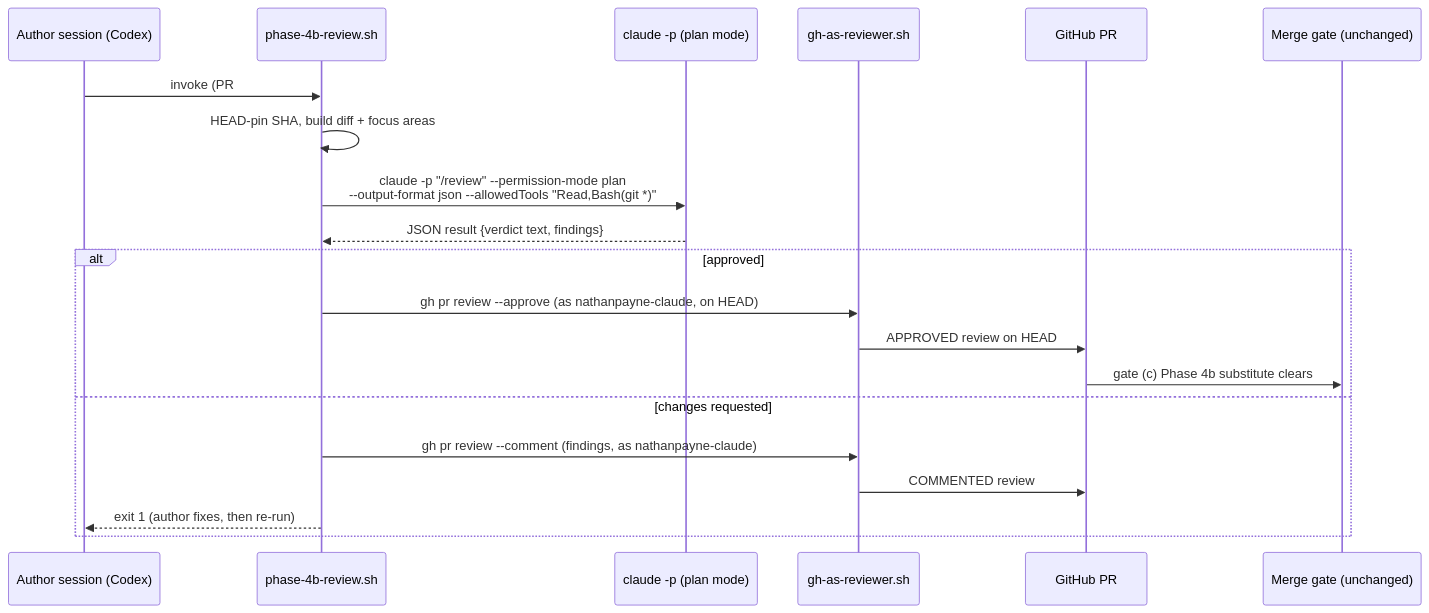
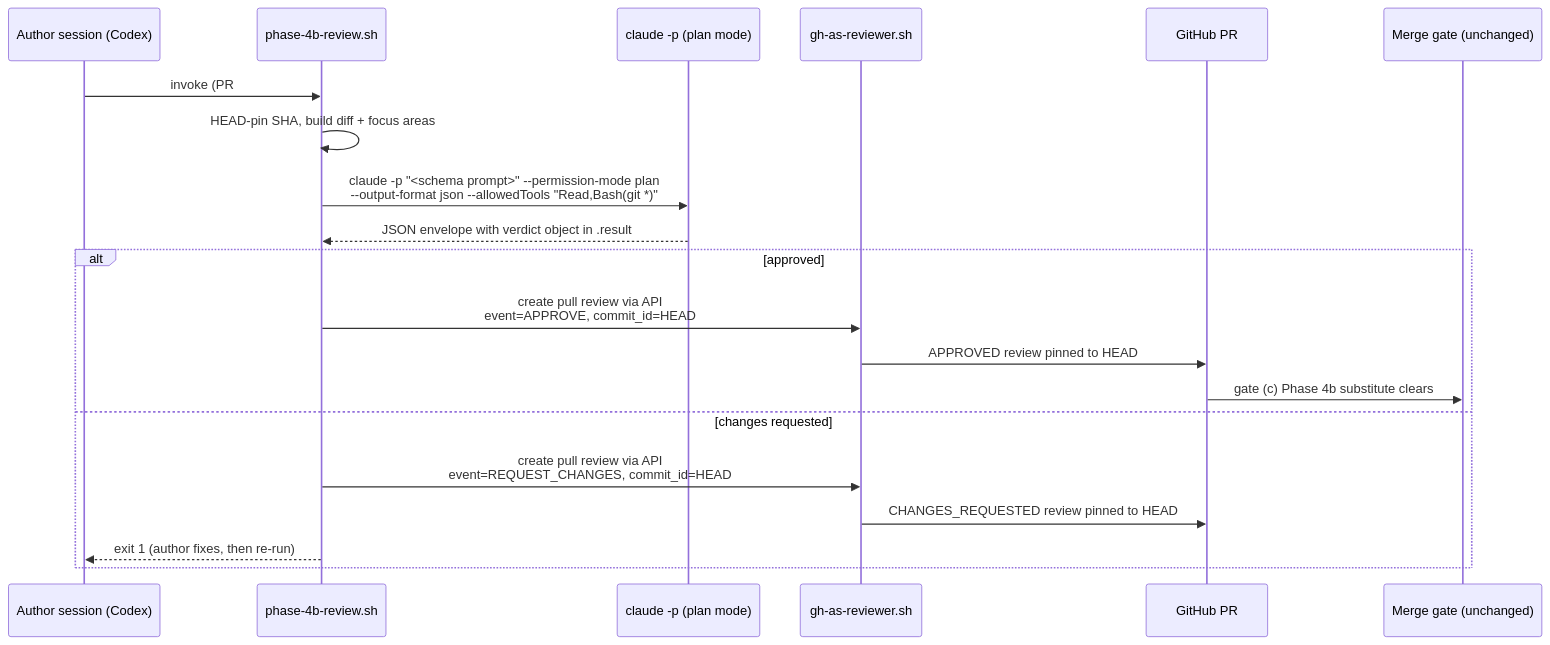
Before and after one commit to nathanjohnpayne/mergepath: the fifth of 6 diagrams in plans/automated-phase-4b-handoff.md, drawn with Mermaid. The commit also changed other lines of this file and 9 other files, not shown here.

````diff
--- a/plans/automated-phase-4b-handoff.md
+++ b/plans/automated-phase-4b-handoff.md
@@ -255,23 +258,23 @@
 ```mermaid
 sequenceDiagram
     participant CX as Author session (Codex)
     participant OR as phase-4b-review.sh
     participant CL as claude -p (plan mode)
     participant GR as gh-as-reviewer.sh
     participant PR as GitHub PR
     participant MG as Merge gate (unchanged)
 
     CX->>OR: invoke (PR#, direction=codex->claude)
     OR->>OR: HEAD-pin SHA, build diff + focus areas
-    OR->>CL: claude -p "/review" --permission-mode plan<br/>--output-format json --allowedTools "Read,Bash(git *)"
-    CL-->>OR: JSON result {verdict text, findings}
+    OR->>CL: claude -p "<schema prompt>" --permission-mode plan<br/>--output-format json --allowedTools "Read,Bash(git *)"
+    CL-->>OR: JSON envelope with verdict object in .result
     alt approved
-        OR->>GR: gh pr review --approve (as nathanpayne-claude, on HEAD)
-        GR->>PR: APPROVED review on HEAD
+        OR->>GR: create pull review via API<br/>event=APPROVE, commit_id=HEAD
+        GR->>PR: APPROVED review pinned to HEAD
         PR->>MG: gate (c) Phase 4b substitute clears
     else changes requested
-        OR->>GR: gh pr review --comment (findings, as nathanpayne-claude)
-        GR->>PR: COMMENTED review
+        OR->>GR: create pull review via API<br/>event=REQUEST_CHANGES, commit_id=HEAD
+        GR->>PR: CHANGES_REQUESTED review pinned to HEAD
         OR-->>CX: exit 1 (author fixes, then re-run)
     end
 ```
````
